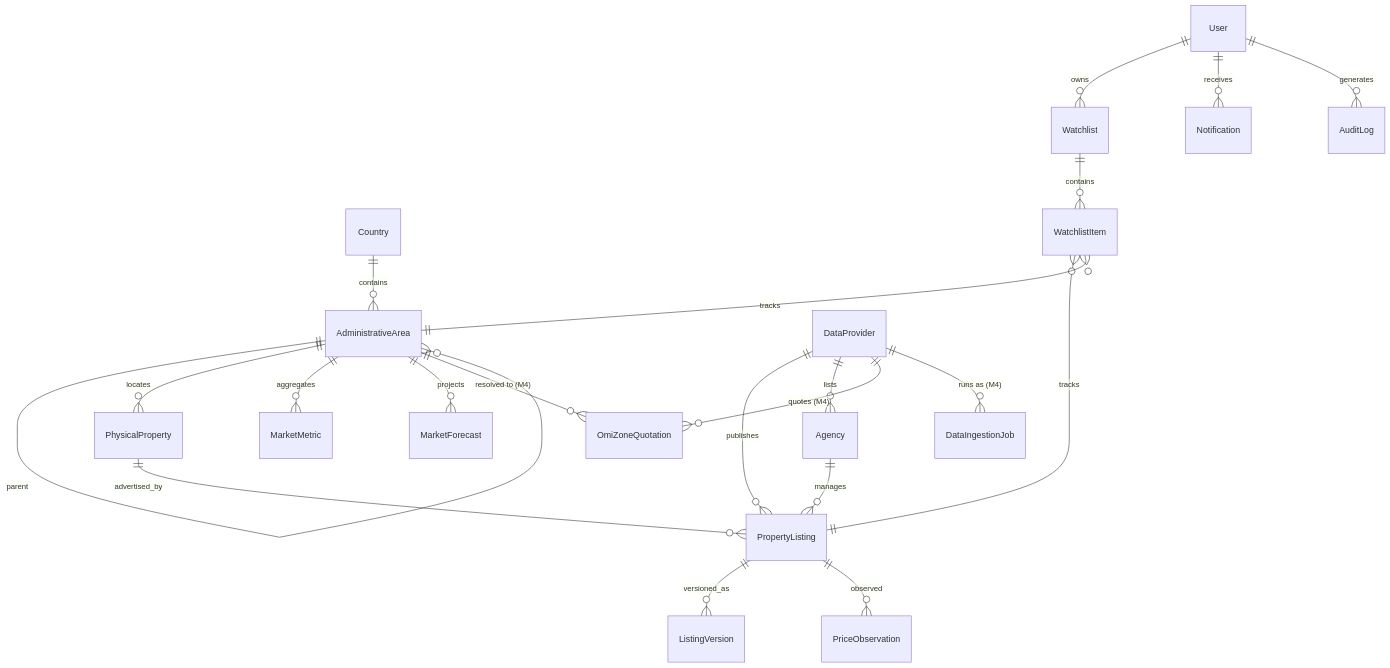
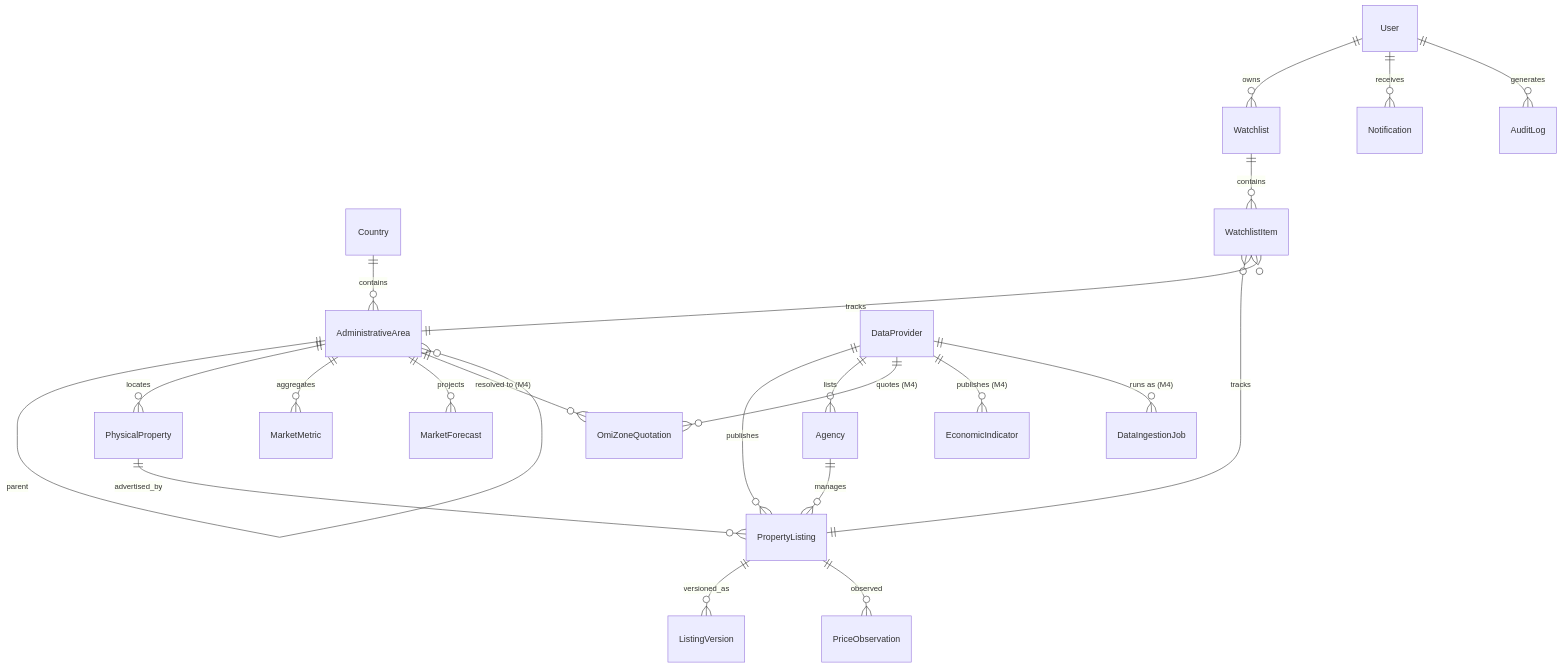
The diagram in remip/docs/DATA_MODEL.md (danialbiz000/projectV1), drawn with Mermaid before and after one commit. The commit also changed other lines of this file and 14 other files, not shown here.

````diff
--- a/remip/docs/DATA_MODEL.md
+++ b/remip/docs/DATA_MODEL.md
@@ -8,23 +8,24 @@
 ```mermaid
 erDiagram
     Country ||--o{ AdministrativeArea : contains
     AdministrativeArea ||--o{ AdministrativeArea : parent
     AdministrativeArea ||--o{ PhysicalProperty : locates
     AdministrativeArea ||--o{ MarketMetric : aggregates
     AdministrativeArea ||--o{ MarketForecast : projects
     AdministrativeArea ||--o{ OmiZoneQuotation : "resolved to (M4)"
     DataProvider ||--o{ PropertyListing : publishes
     DataProvider ||--o{ Agency : lists
     DataProvider ||--o{ OmiZoneQuotation : "quotes (M4)"
+    DataProvider ||--o{ EconomicIndicator : "publishes (M4)"
     DataProvider ||--o{ DataIngestionJob : "runs as (M4)"
     Agency ||--o{ PropertyListing : manages
     PhysicalProperty ||--o{ PropertyListing : advertised_by
     PropertyListing ||--o{ ListingVersion : versioned_as
     PropertyListing ||--o{ PriceObservation : observed
     User ||--o{ Watchlist : owns
     Watchlist ||--o{ WatchlistItem : contains
     WatchlistItem }o--|| PropertyListing : tracks
     WatchlistItem }o--|| AdministrativeArea : tracks
     User ||--o{ Notification : receives
     User ||--o{ AuditLog : generates
 ```
````
